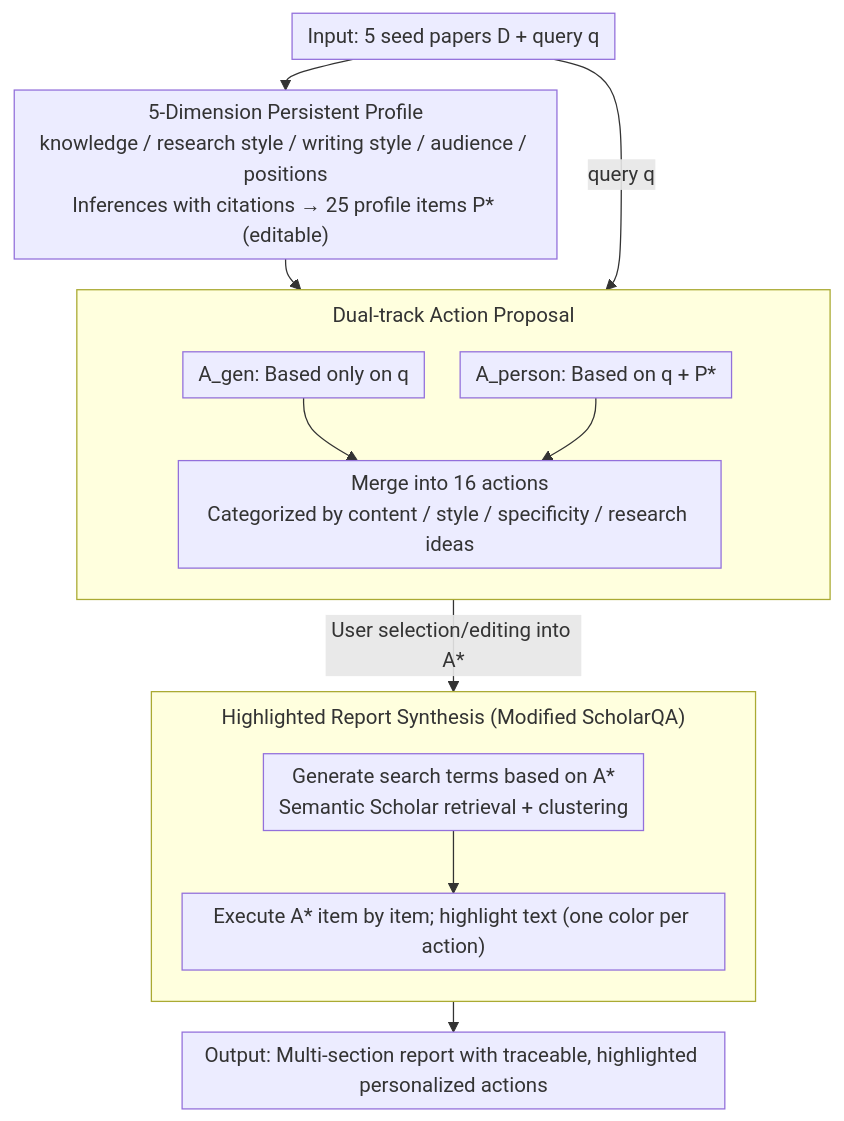
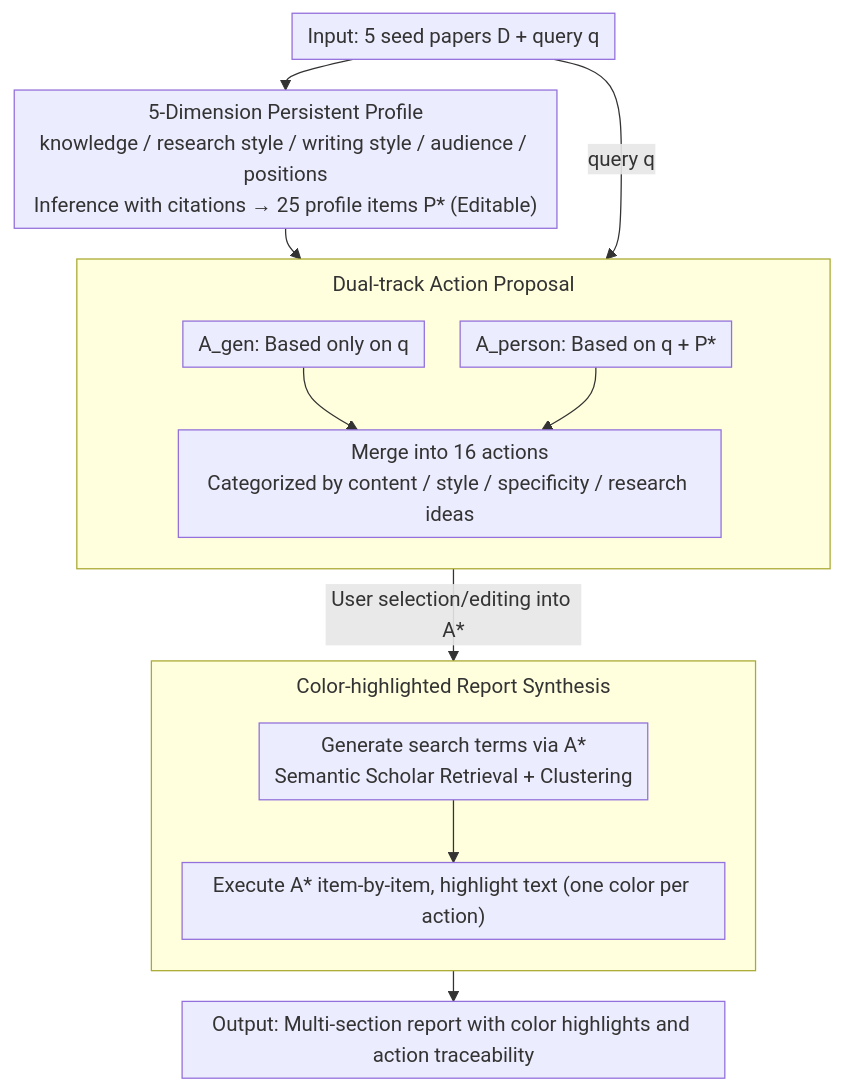
The diagram in docs/ACL2026/llm_evaluation/language_models_dont_know_what_you_want_evaluating_personalization_in_deep_resea.md (zhaoyang97/Paper-Notes-en), drawn with Mermaid before and after one commit. The commit also changed other lines of this file and 5084 other files, not shown here.

````diff
--- a/docs/ACL2026/llm_evaluation/language_models_dont_know_what_you_want_evaluating_personalization_in_deep_resea.md
+++ b/docs/ACL2026/llm_evaluation/language_models_dont_know_what_you_want_evaluating_personalization_in_deep_resea.md
@@ -44,23 +44,23 @@
 ```mermaid
 %%{init: {'flowchart': {'rankSpacing': 24, 'nodeSpacing': 28, 'padding': 6, 'wrappingWidth': 400, 'subGraphTitleMargin': {'top': 8, 'bottom': 16}}}}%%
 flowchart TD
     IN["Input: 5 seed papers D + query q"]
-    IN --> P["5-Dimension Persistent Profile<br/>knowledge / research style / writing style / audience / positions<br/>Inferences with citations → 25 profile items P* (editable)"]
+    IN --> P["5-Dimension Persistent Profile<br/>knowledge / research style / writing style / audience / positions<br/>Inference with citations → 25 profile items P* (Editable)"]
     subgraph ACT["Dual-track Action Proposal"]
         direction TB
         AG["A_gen: Based only on q"]
         AP["A_person: Based on q + P*"]
         AG --> MG["Merge into 16 actions<br/>Categorized by content / style / specificity / research ideas"]
         AP --> MG
     end
     P --> AP
     IN -->|query q| AG
     MG -->|User selection/editing into A*| R1
-    subgraph REP["Highlighted Report Synthesis (Modified ScholarQA)"]
+    subgraph REP["Color-highlighted Report Synthesis"]
         direction TB
-        R1["Generate search terms based on A*<br/>Semantic Scholar retrieval + clustering"]
-        R2["Execute A* item by item; highlight text (one color per action)"]
+        R1["Generate search terms via A*<br/>Semantic Scholar Retrieval + Clustering"]
+        R2["Execute A* item-by-item, highlight text (one color per action)"]
         R1 --> R2
     end
-    R2 --> OUT["Output: Multi-section report with traceable, highlighted personalized actions"]
+    R2 --> OUT["Output: Multi-section report with color highlights and action traceability"]
 ```
````
